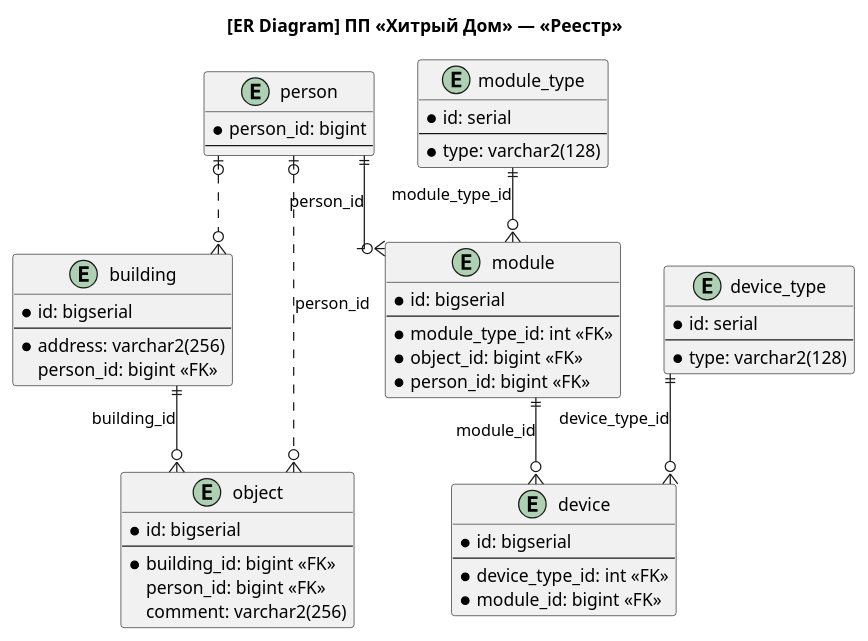
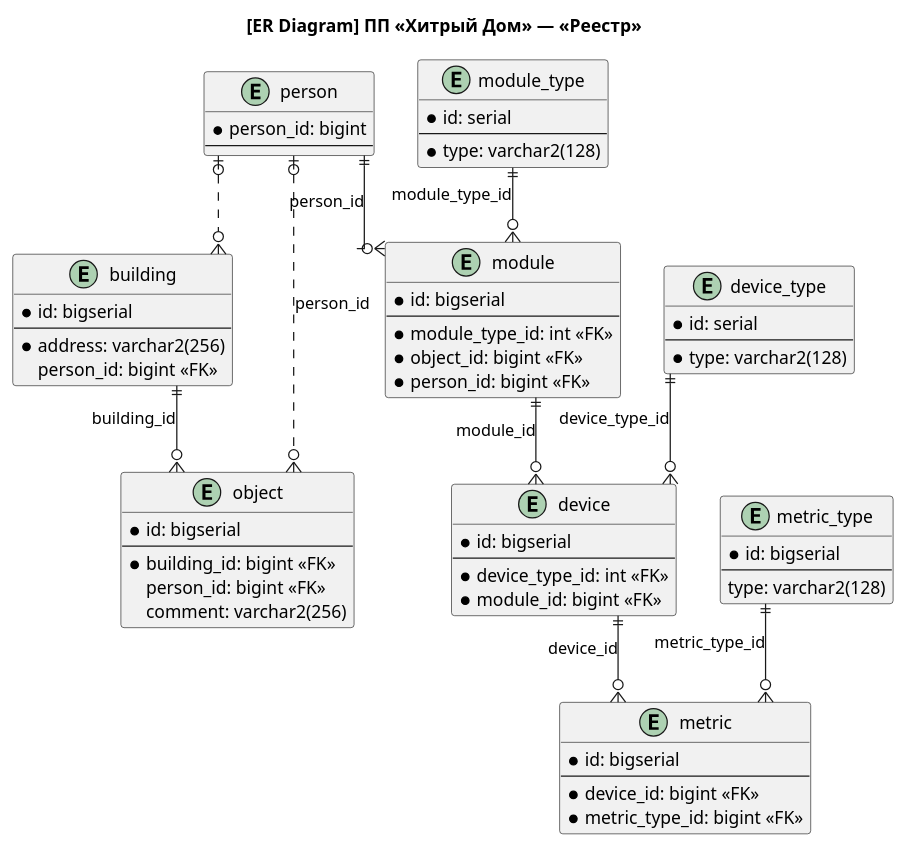
The diagram in docs/Solutions/06_ER_inventory.md (posonsky/swa-sprint-3), drawn with PlantUML before and after one commit. The commit also changed other lines of this file and 9 other files, not shown here.

Commit message:
Добавить сгенерированные в html по схемам OpenAPI

````diff
--- a/docs/Solutions/06_ER_inventory.md
+++ b/docs/Solutions/06_ER_inventory.md
@@ -3,64 +7,79 @@
 ```puml
 @startuml
 'hide circle
 skinparam linetype ortho
 
 title [ER Diagram] ПП «Хитрый Дом» — «Реестр»
 
 entity "person" as person {
     * person_id: bigint
     --
 }
 
 entity "building" as building {
     * id: bigserial
     --
     * address: varchar2(256)
     person_id: bigint <<FK>>
 }
 
 entity "object" as object {
     * id: bigserial
     --
     * building_id: bigint <<FK>>
     person_id: bigint <<FK>>
     comment: varchar2(256)    
 }
 
 entity "module_type" as module_type {
     * id: serial
     --
     * type: varchar2(128)
 }
 
 entity "module" as module {
     * id: bigserial
     --
     * module_type_id: int <<FK>>
     * object_id: bigint <<FK>>
     * person_id: bigint <<FK>>
 }
 
 entity "device_type" as device_type {
     * id: serial
     --
     * type: varchar2(128)
 }
 
 entity "device" as device {
     * id: bigserial
     --
     * device_type_id: int <<FK>>
     * module_id: bigint <<FK>>
 }
 
+entity "metric_type" as metric_type {
+    * id: bigserial
+    --
+    type: varchar2(128)
+}
+
+entity "metric" as metric {
+    * id: bigserial
+    --
+    * device_id: bigint <<FK>>
+    * metric_type_id: bigint <<FK>>
+}
+
 building ||--o{ object: building_id
 person |o..o{ building
 person |o..o{ object: person_id
 person ||--o{ module: person_id
 module ||--o{ device: module_id
 module_type ||--o{ module: module_type_id
 device_type ||--o{ device: device_type_id
+device ||--o{ metric: device_id
+metric_type ||--o{ metric: metric_type_id
 
 @enduml
 ```
````
